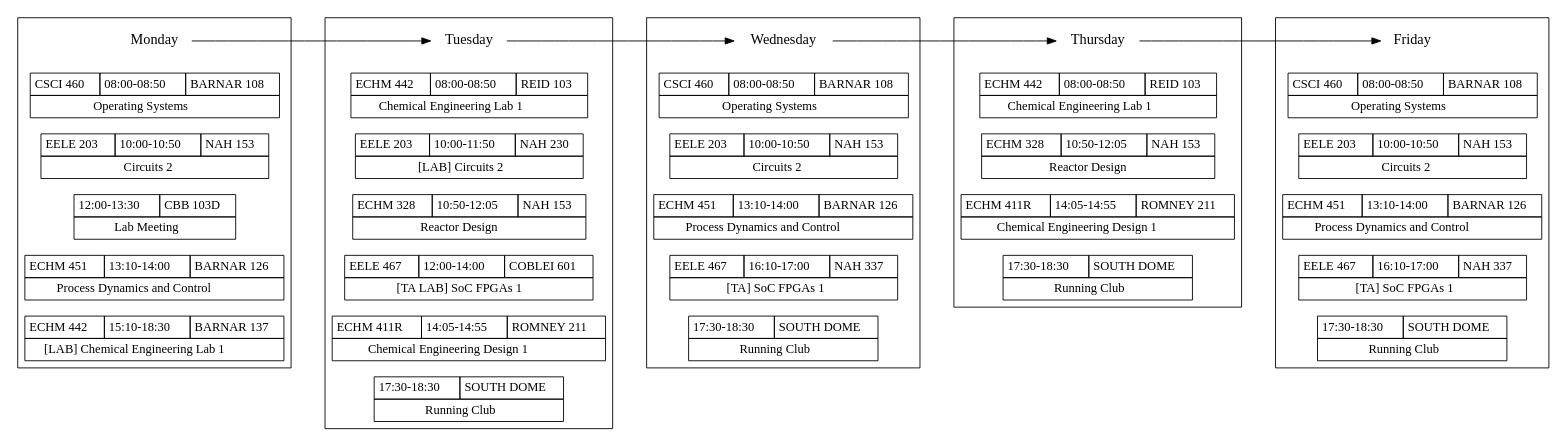
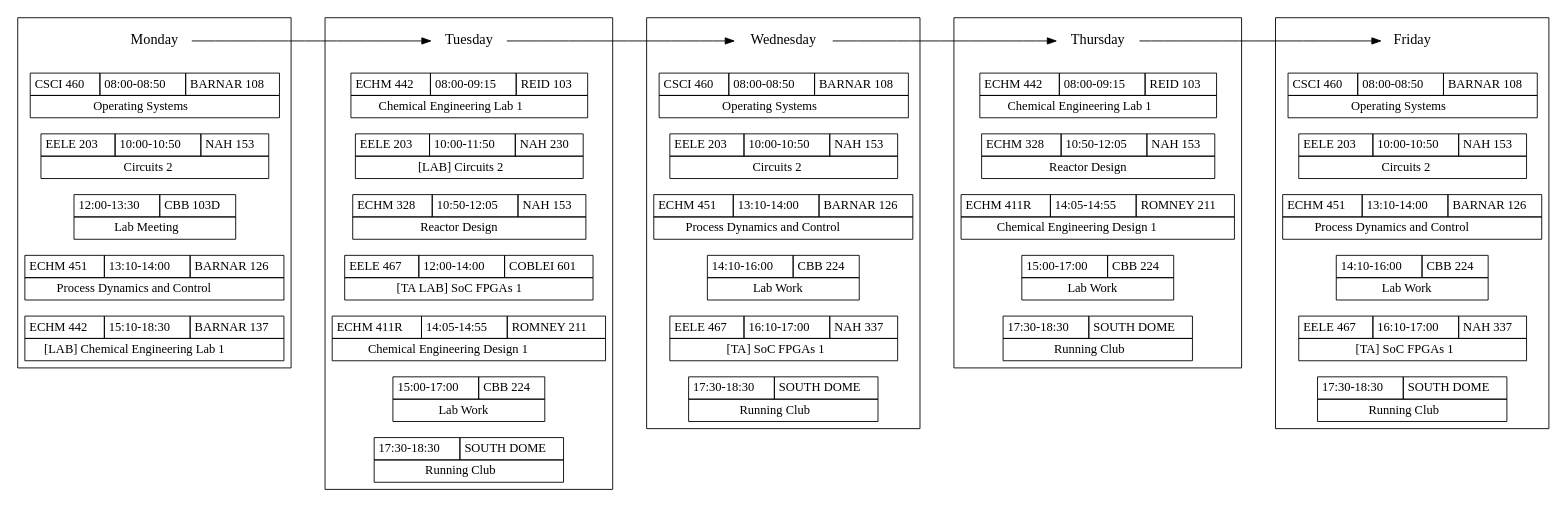
The diagram in schedule_4-senior-sem-1-fall.gv (w-culhane/schedule-flowchart), drawn with Graphviz before and after one commit.

Commit message:
Add work schedule

```diff
--- a/schedule_4-senior-sem-1-fall.gv
+++ b/schedule_4-senior-sem-1-fall.gv
@@ -59,14 +59,14 @@
 		     </TABLE>>];
 
     {node [shape=none, margin=0]
-	subgraph clustertuesday { rank = same; "Tuesday"; "ECHM442-t"; "EELE203-t-lab"; "ECHM328-t"; "EELE467-t-TA"; "ECHM411R-t"; "RUNNING-t"; }
+	subgraph clustertuesday { rank = same; "Tuesday"; "ECHM442-t"; "EELE203-t-lab"; "ECHM328-t"; "EELE467-t-TA"; "ECHM411R-t"; "WORK-t"; "RUNNING-t"; }
     }
 
     "ECHM442-t" [label=<
 		 <TABLE BORDER="0" CELLBORDER="1" CELLSPACING="0" CELLPADDING="4">
 		 <TR>
 		 <TD>ECHM 442</TD>
-		 <TD>08:00-08:50</TD>
+		 <TD>08:00-09:15</TD>
 		 <TD>REID 103</TD>
 		 </TR>
 		 <TR><TD COLSPAN="3">Chemical Engineering Lab 1</TD></TR>
@@ -112,6 +112,15 @@
 		  <TR><TD COLSPAN="3">Chemical Engineering Design 1</TD></TR>
 		  </TABLE>>];
 
+    "WORK-t" [label=<
+	      <TABLE BORDER="0" CELLBORDER="1" CELLSPACING="0" CELLPADDING="4">
+	      <TR>
+	      <TD>15:00-17:00</TD>
+	      <TD>CBB 224</TD>
+	      </TR>
+	      <TR><TD COLSPAN="2">Lab Work</TD></TR>
+	      </TABLE>>];
+
     "RUNNING-t" [label=<
 		 <TABLE BORDER="0" CELLBORDER="1" CELLSPACING="0" CELLPADDING="4">
 		 <TR>
@@ -122,7 +131,7 @@
 		 </TABLE>>];
 
     {node [shape=none, margin=0]
-	subgraph clusterwednesday { rank = same; "Wednesday"; "CSCI460-w"; "EELE203-w"; "ECHM451-w"; "EELE467-w-TA"; "RUNNING-w"; }
+	subgraph clusterwednesday { rank = same; "Wednesday"; "CSCI460-w"; "EELE203-w"; "ECHM451-w"; "WORK-w"; "EELE467-w-TA"; "RUNNING-w"; }
     }
 
     "CSCI460-w" [label=<
@@ -155,6 +164,15 @@
 		 <TR><TD COLSPAN="3">Process Dynamics and Control</TD></TR>
 		 </TABLE>>];
 
+    "WORK-w" [label=<
+	      <TABLE BORDER="0" CELLBORDER="1" CELLSPACING="0" CELLPADDING="4">
+	      <TR>
+	      <TD>14:10-16:00</TD>
+	      <TD>CBB 224</TD>
+	      </TR>
+	      <TR><TD COLSPAN="2">Lab Work</TD></TR>
+	      </TABLE>>];
+
     "EELE467-w-TA" [label=<
 		    <TABLE BORDER="0" CELLBORDER="1" CELLSPACING="0" CELLPADDING="4">
 		    <TR>
@@ -175,14 +193,14 @@
 		 </TABLE>>];
 
     {node [shape=none, margin=0]
-	subgraph clusterthursday { rank = same; "Thursday"; "ECHM442-r"; "ECHM328-r"; "ECHM411R-r"; "RUNNING-r"; }
+	subgraph clusterthursday { rank = same; "Thursday"; "ECHM442-r"; "ECHM328-r"; "ECHM411R-r"; "WORK-r"; "RUNNING-r"; }
     }
 
     "ECHM442-r" [label=<
 		 <TABLE BORDER="0" CELLBORDER="1" CELLSPACING="0" CELLPADDING="4">
 		 <TR>
 		 <TD>ECHM 442</TD>
-		 <TD>08:00-08:50</TD>
+		 <TD>08:00-09:15</TD>
 		 <TD>REID 103</TD>
 		 </TR>
 		 <TR><TD COLSPAN="3">Chemical Engineering Lab 1</TD></TR>
@@ -208,6 +226,15 @@
 		  <TR><TD COLSPAN="3">Chemical Engineering Design 1</TD></TR>
 		  </TABLE>>];
 
+    "WORK-r" [label=<
+	      <TABLE BORDER="0" CELLBORDER="1" CELLSPACING="0" CELLPADDING="4">
+	      <TR>
+	      <TD>15:00-17:00</TD>
+	      <TD>CBB 224</TD>
+	      </TR>
+	      <TR><TD COLSPAN="2">Lab Work</TD></TR>
+	      </TABLE>>];
+
     "RUNNING-r" [label=<
 		 <TABLE BORDER="0" CELLBORDER="1" CELLSPACING="0" CELLPADDING="4">
 		 <TR>
@@ -218,7 +245,7 @@
 		 </TABLE>>];
 
     {node [shape=none, margin=0]
-	subgraph clusterfriday { rank = same; "Friday"; "CSCI460-f"; "EELE203-f"; "ECHM451-f"; "EELE467-f-TA"; "RUNNING-f"; }
+	subgraph clusterfriday { rank = same; "Friday"; "CSCI460-f"; "EELE203-f"; "ECHM451-f"; "WORK-f"; "EELE467-f-TA"; "RUNNING-f"; }
     }
 
     "CSCI460-f" [label=<
@@ -251,6 +278,15 @@
 		 <TR><TD COLSPAN="3">Process Dynamics and Control</TD></TR>
 		 </TABLE>>];
 
+    "WORK-f" [label=<
+	      <TABLE BORDER="0" CELLBORDER="1" CELLSPACING="0" CELLPADDING="4">
+	      <TR>
+	      <TD>14:10-16:00</TD>
+	      <TD>CBB 224</TD>
+	      </TR>
+	      <TR><TD COLSPAN="2">Lab Work</TD></TR>
+	      </TABLE>>];
+
     "EELE467-f-TA" [label=<
 		    <TABLE BORDER="0" CELLBORDER="1" CELLSPACING="0" CELLPADDING="4">
 		    <TR>
```
